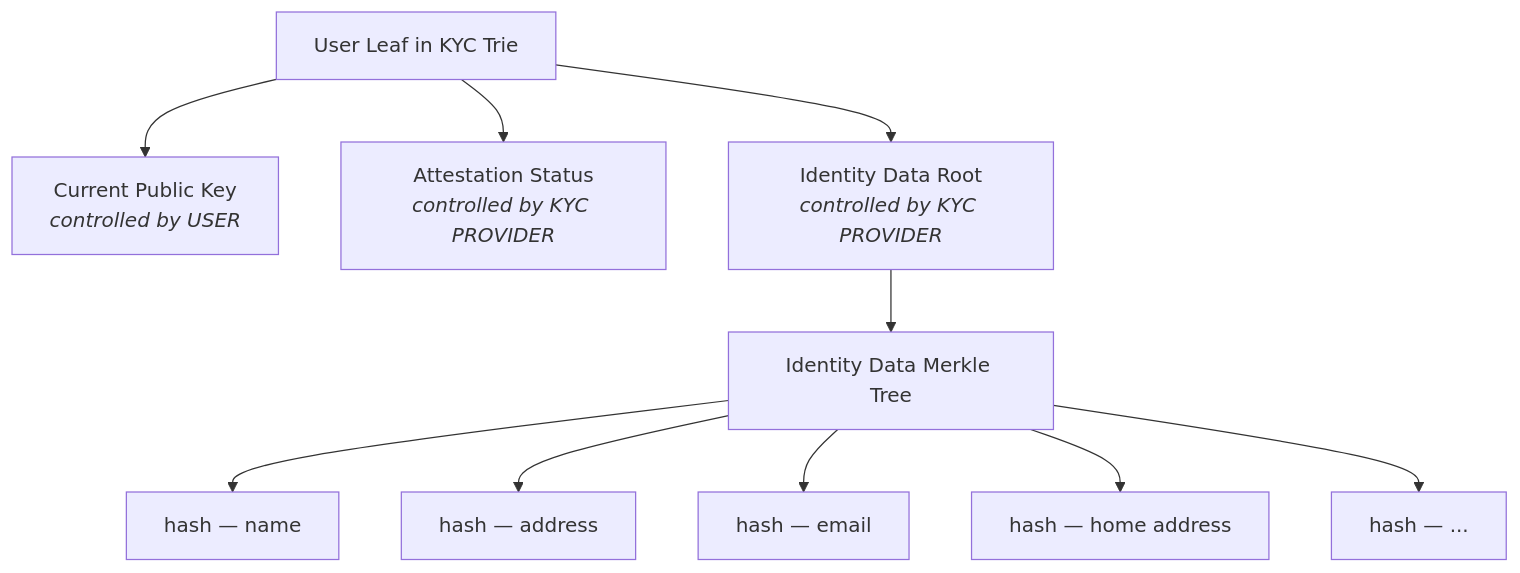
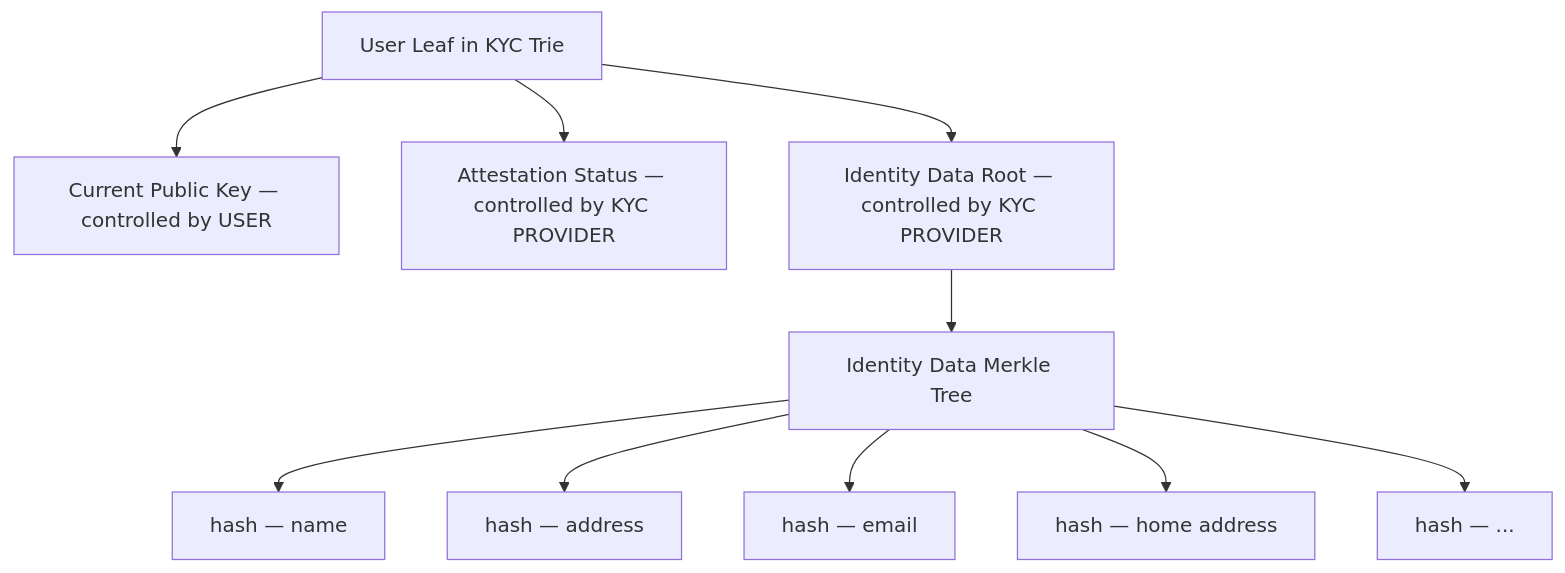
One commit to lambdasistemi/cardano-for-regulators changed the sixth of 19 diagrams in docs/framework/schema.md. Above: the diagram before and after it, drawn with Mermaid. The commit also changed other lines of this file and 1 other file, not shown here.

First line of the commit message:
fix: replace HTML tags in mermaid node labels with plain text

````diff
--- a/docs/framework/schema.md
+++ b/docs/framework/schema.md
@@ -235,15 +235,15 @@
 ```mermaid
 graph TD
     LEAF[User Leaf in KYC Trie]
 
-    LEAF --> KEY[Current Public Key<br/><i>controlled by USER</i>]
-    LEAF --> STATUS[Attestation Status<br/><i>controlled by KYC PROVIDER</i>]
-    LEAF --> DATA[Identity Data Root<br/><i>controlled by KYC PROVIDER</i>]
+    LEAF --> KEY["Current Public Key — controlled by USER"]
+    LEAF --> STATUS["Attestation Status — controlled by KYC PROVIDER"]
+    LEAF --> DATA["Identity Data Root — controlled by KYC PROVIDER"]
 
     DATA --> DT[Identity Data Merkle Tree]
     DT --> H1[hash — name]
     DT --> H2[hash — address]
     DT --> H3[hash — email]
     DT --> H4[hash — home address]
     DT --> H5[hash — ...]
 ```
````
